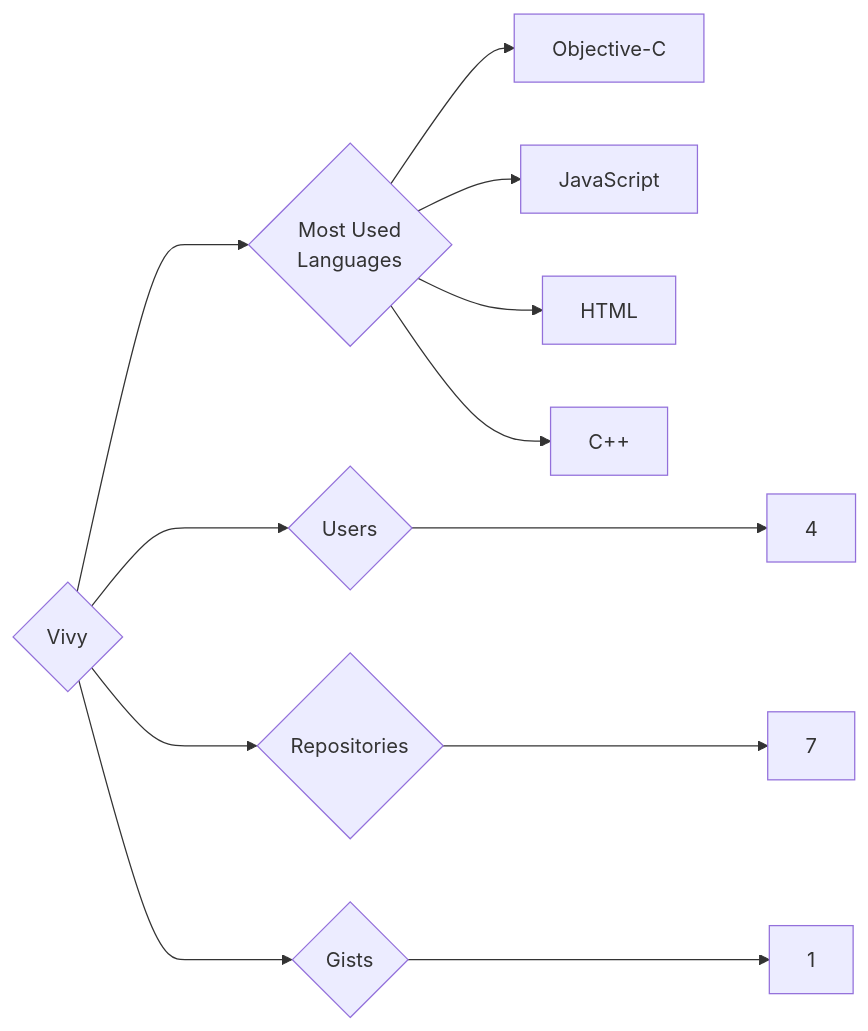
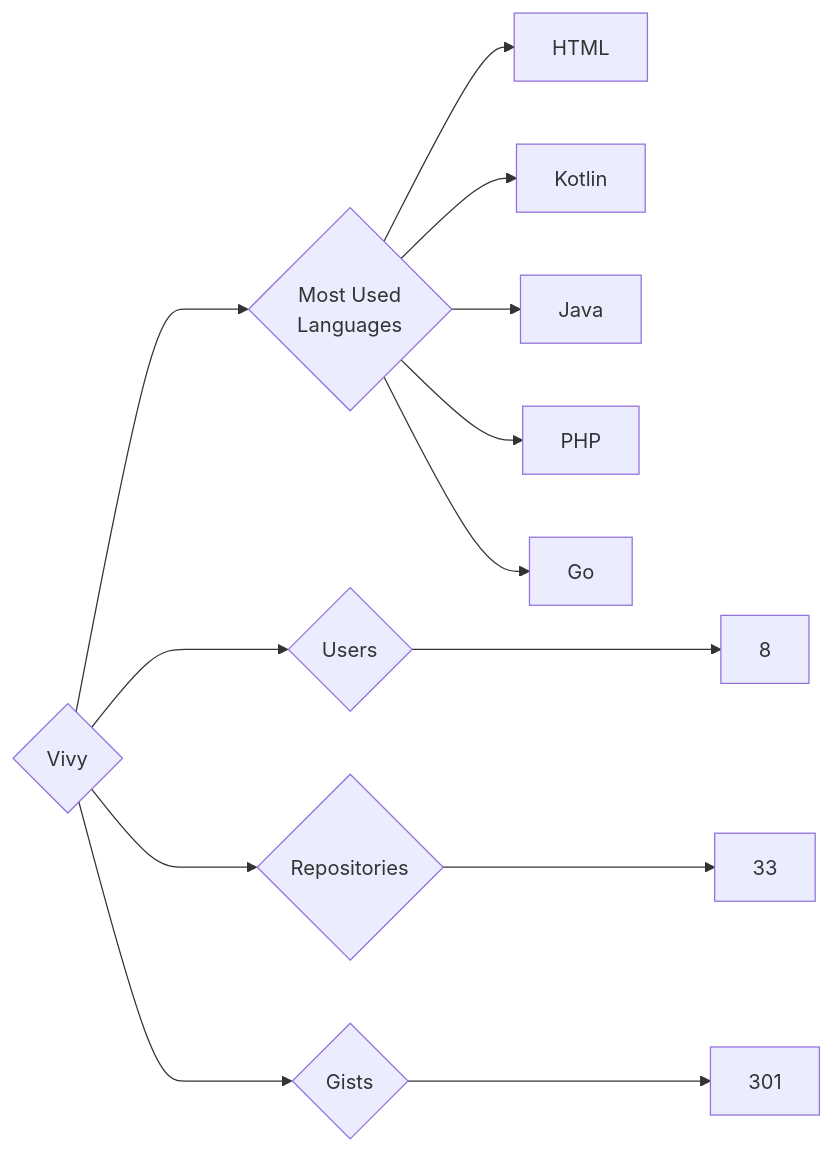
The diagram in targets/Vivy/README.md (trickest/insiders), drawn with Mermaid before and after one commit. The commit also changed 765 other files, not shown here.

````diff
--- a/targets/Vivy/README.md
+++ b/targets/Vivy/README.md
@@ -3,12 +3,13 @@
 ```mermaid
 graph LR
 COMPANY_NAME{Vivy}
-COMPANY_NAME ---> U{Users} ---> UN[4]
-COMPANY_NAME ---> R{Repositories} ---> RN[7]
-COMPANY_NAME ---> G{Gists} ---> GN[1]
+COMPANY_NAME ---> U{Users} ---> UN[8]
+COMPANY_NAME ---> R{Repositories} ---> RN[33]
+COMPANY_NAME ---> G{Gists} ---> GN[301]
 COMPANY_NAME ---> ML{Most Used<br>Languages}
-ML --> Objective-C[Objective-C]
-ML --> JavaScript[JavaScript]
 ML --> HTML[HTML]
-ML --> C++[C++]
+ML --> Kotlin[Kotlin]
+ML --> Java[Java]
+ML --> PHP[PHP]
+ML --> Go[Go]
 ```
````
